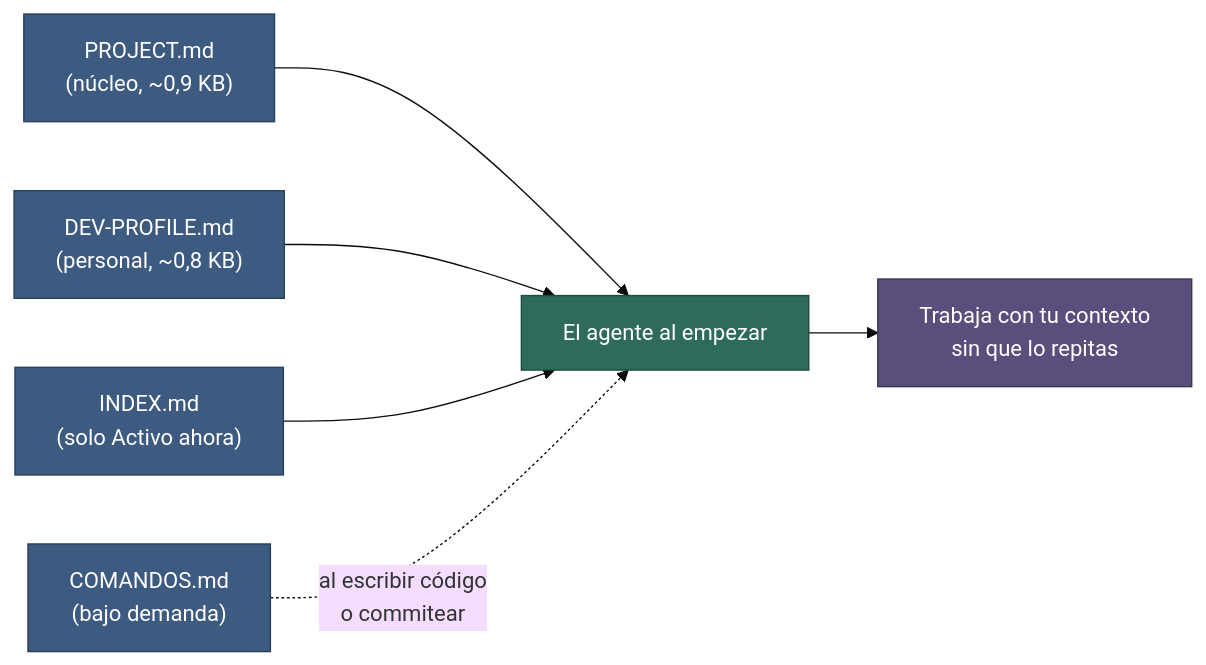
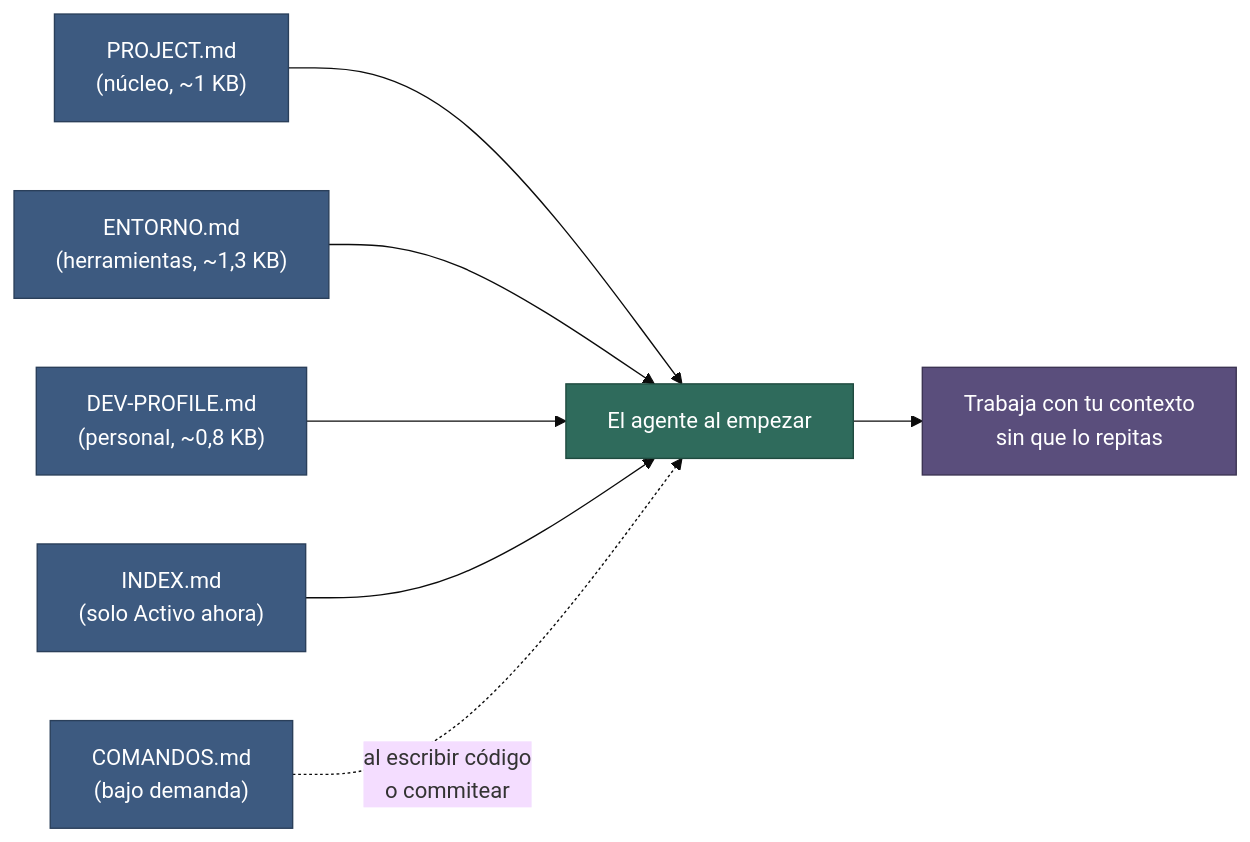
Before and after one commit to TomasCDG/dev-guidelines: the diagram in docs/02-configuracion.md, drawn with Mermaid (base theme). The commit also changed other lines of this file and 93 other files, not shown here.

````diff
--- a/docs/02-configuracion.md
+++ b/docs/02-configuracion.md
@@ -33,15 +35,16 @@
 ```mermaid
 flowchart LR
-    p["PROJECT.md<br/>(núcleo, ~0,9 KB)"] --> ag["El agente al empezar"]
+    p["PROJECT.md<br/>(núcleo, ~1 KB)"] --> ag["El agente al empezar"]
+    e["ENTORNO.md<br/>(herramientas, ~1,3 KB)"] --> ag
     d["DEV-PROFILE.md<br/>(personal, ~0,8 KB)"] --> ag
     i["INDEX.md<br/>(solo Activo ahora)"] --> ag
     ag --> w["Trabaja con tu contexto<br/>sin que lo repitas"]
     c["COMANDOS.md<br/>(bajo demanda)"] -.->|"al escribir código<br/>o commitear"| ag
 
     classDef a fill:#3d5a80,stroke:#2a3f5a,color:#ffffff
     classDef b fill:#2f6b5c,stroke:#1f4a3f,color:#ffffff
     classDef c fill:#5a4e7c,stroke:#3c3453,color:#ffffff
-    class p,d,i,c a
+    class p,e,d,i,c a
     class ag b
     class w c
 ```
````
